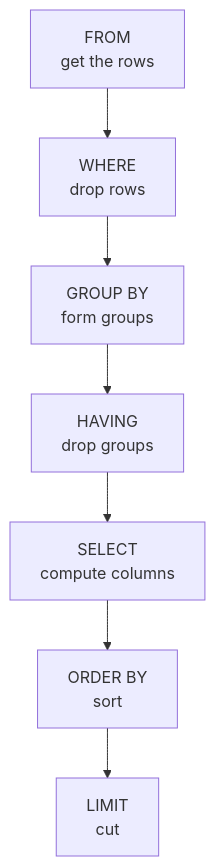
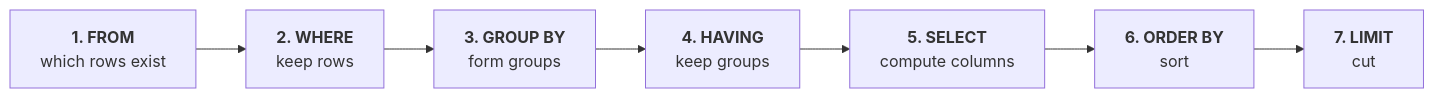
One commit to fde-academy-lab/c2-content-factory changed the second of 5 diagrams in content/W02/D1/whiteboards/C2_W02_D01_execution_order_STUDENT.md. Above: the diagram before and after it, drawn with Mermaid. The commit also changed other lines of this file and 5 other files, not shown here.

````diff
--- a/content/W02/D1/whiteboards/C2_W02_D01_execution_order_STUDENT.md
+++ b/content/W02/D1/whiteboards/C2_W02_D01_execution_order_STUDENT.md
@@ -32,9 +76,4 @@
 ```mermaid
-flowchart TD
-    F["FROM<br/>get the rows"] --> W["WHERE<br/>drop rows"]
-    W --> G["GROUP BY<br/>form groups"]
-    G --> H["HAVING<br/>drop groups"]
-    H --> S["SELECT<br/>compute columns"]
-    S --> O["ORDER BY<br/>sort"]
-    O --> L["LIMIT<br/>cut"]
+flowchart LR
+    F["<b>1. FROM</b><br/>which rows exist"] --> W["<b>2. WHERE</b><br/>keep rows"] --> G["<b>3. GROUP BY</b><br/>form groups"] --> H["<b>4. HAVING</b><br/>keep groups"] --> S["<b>5. SELECT</b><br/>compute columns"] --> O["<b>6. ORDER BY</b><br/>sort"] --> L["<b>7. LIMIT</b><br/>cut"]
 ```
````
